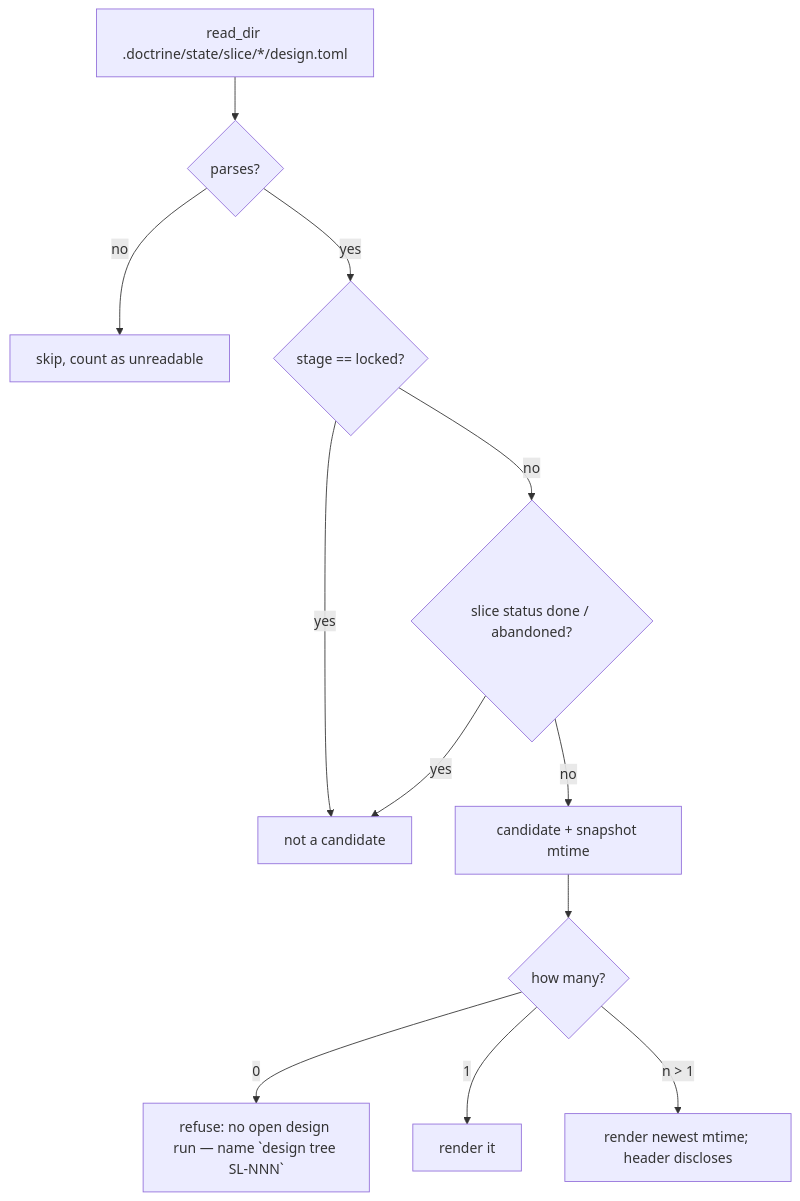
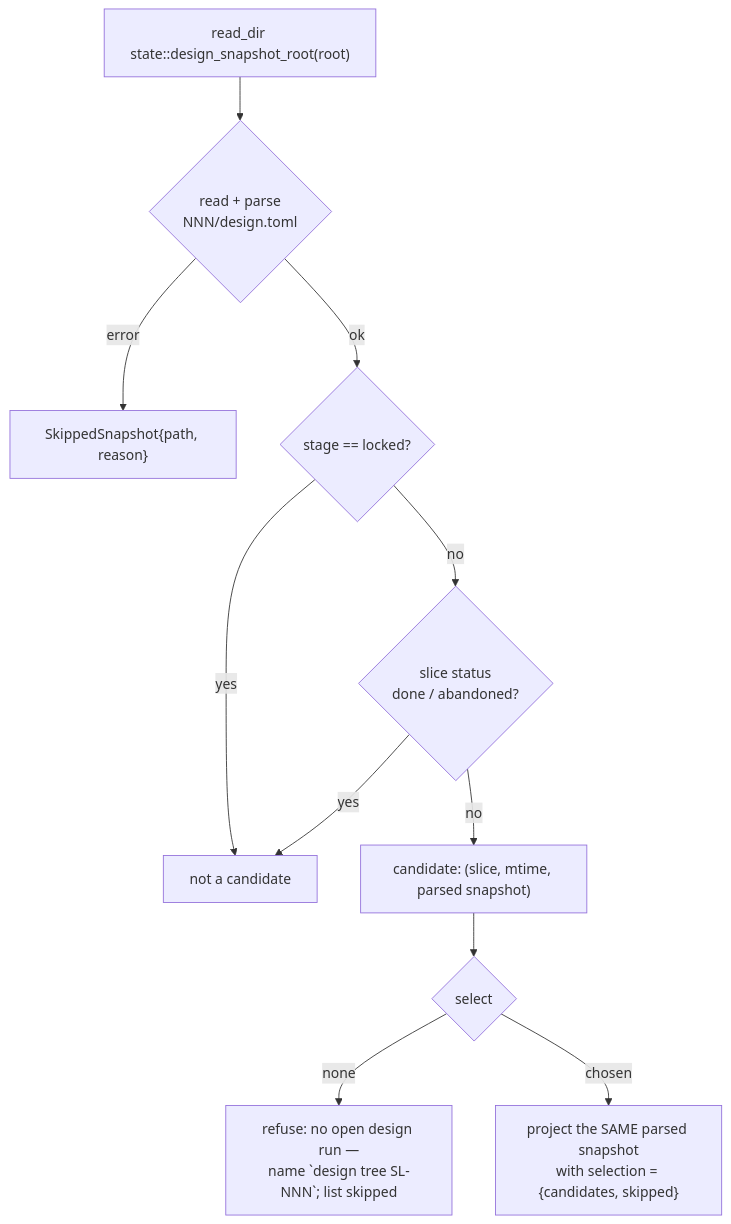
The second of 2 diagrams in .doctrine/slice/266/design.md (davidlee/doctrine), drawn with Mermaid before and after one commit. The commit also changed other lines of this file and 4 other files, not shown here.

````diff
--- a/.doctrine/slice/266/design.md
+++ b/.doctrine/slice/266/design.md
@@ -213,14 +268,13 @@
 ```mermaid
 flowchart TD
-  A[read_dir .doctrine/state/slice/*/design.toml] --> B{parses?}
-  B -- no --> W[skip, count as unreadable]
-  B -- yes --> C{stage == locked?}
+  A["read_dir state::design_snapshot_root(root)"] --> B{"read + parse<br/>NNN/design.toml"}
+  B -- error --> W["SkippedSnapshot{path, reason}"]
+  B -- ok --> C{stage == locked?}
   C -- yes --> X[not a candidate]
-  C -- no --> D{slice status done / abandoned?}
+  C -- no --> D{"slice status<br/>done / abandoned?"}
   D -- yes --> X
-  D -- no --> E[candidate + snapshot mtime]
-  E --> F{how many?}
-  F -- 0 --> R[refuse: no open design run — name `design tree SL-NNN`]
-  F -- 1 --> S[render it]
-  F -- "n > 1" --> T[render newest mtime; header discloses]
+  D -- no --> E["candidate: (slice, mtime, parsed snapshot)"]
+  E --> F{select}
+  F -- none --> R["refuse: no open design run —<br/>name `design tree SL-NNN`; list skipped"]
+  F -- chosen --> S["project the SAME parsed snapshot<br/>with selection = {candidates, skipped}"]
 ```
````
